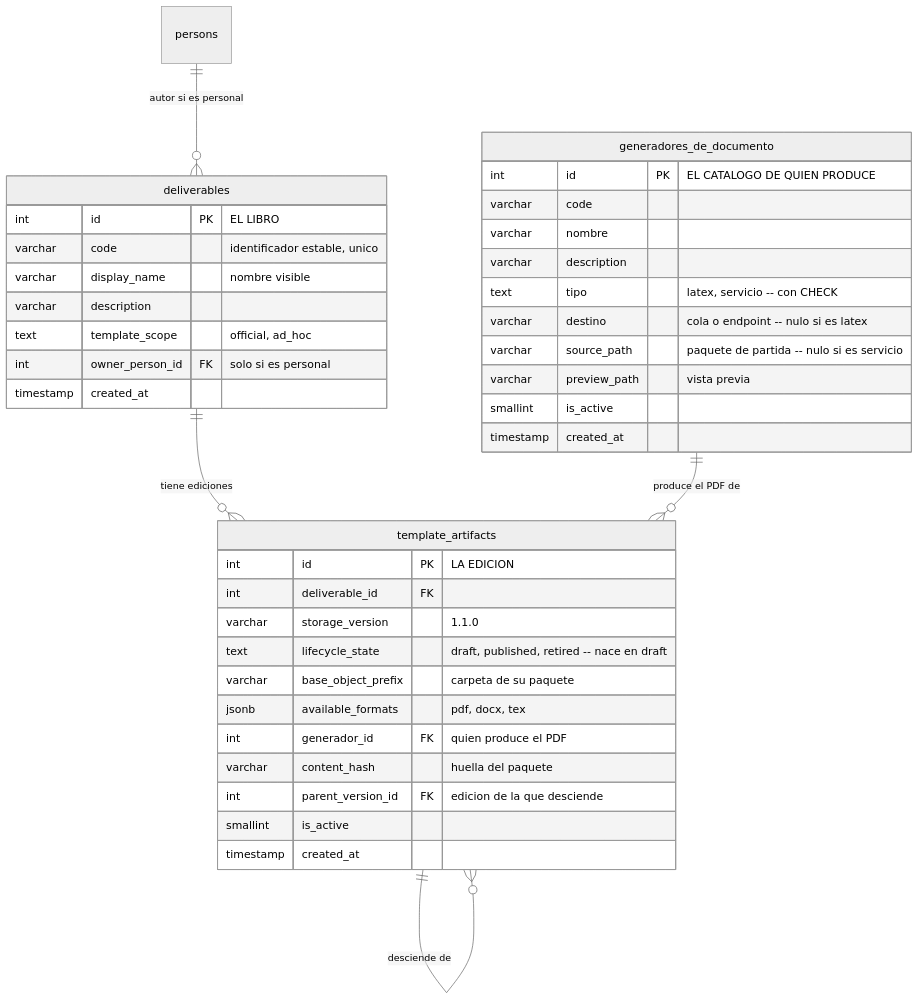
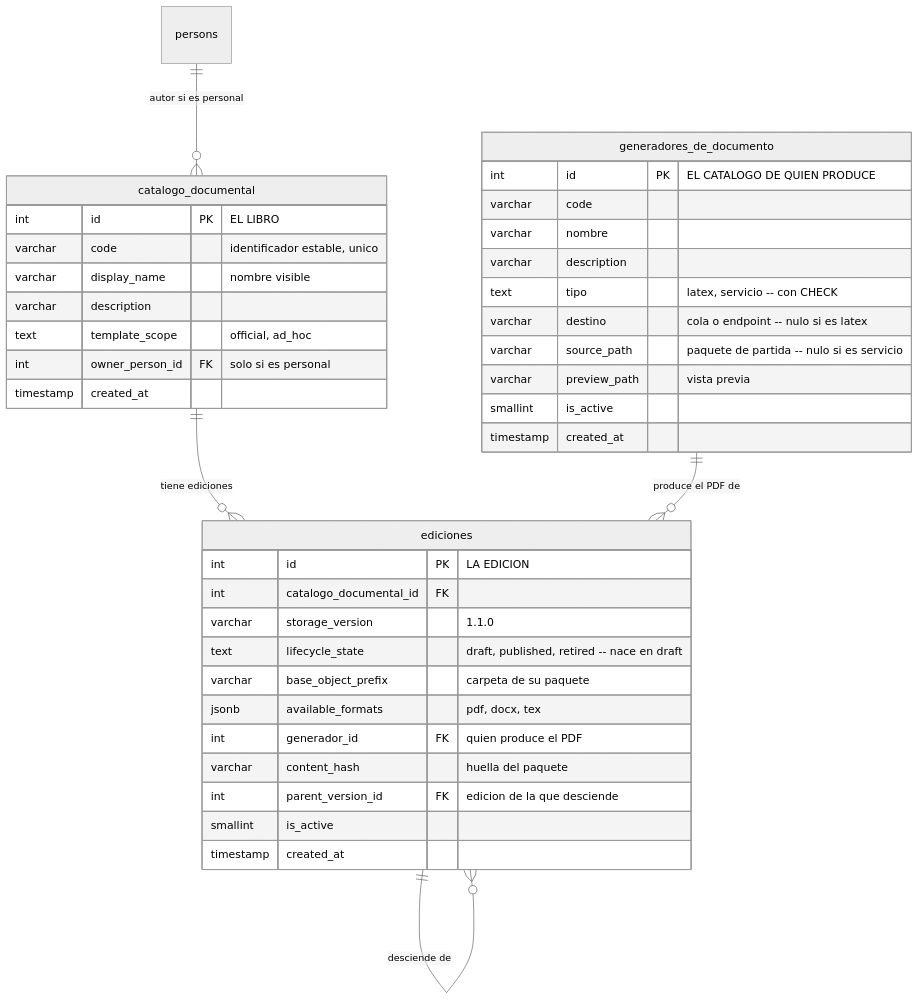
The diagram in docs/src/content/docs/modelo/entregable-y-ediciones.md (fresvel/deasy), drawn with Mermaid (neutral theme) before and after one commit. The commit also changed other lines of this file and 172 other files, not shown here.

````diff
--- a/docs/src/content/docs/modelo/entregable-y-ediciones.md
+++ b/docs/src/content/docs/modelo/entregable-y-ediciones.md
@@ -127,42 +127,42 @@
 ```mermaid
 erDiagram
-  deliverables ||--o{ template_artifacts : "tiene ediciones"
-  generadores_de_documento ||--o{ template_artifacts : "produce el PDF de"
-  persons ||--o{ deliverables : "autor si es personal"
-  template_artifacts ||--o{ template_artifacts : "desciende de"
+  catalogo_documental ||--o{ ediciones : "tiene ediciones"
+  generadores_de_documento ||--o{ ediciones : "produce el PDF de"
+  persons ||--o{ catalogo_documental : "autor si es personal"
+  ediciones ||--o{ ediciones : "desciende de"
 
-  deliverables {
+  catalogo_documental {
     int id PK "EL LIBRO"
     varchar code "identificador estable, unico"
     varchar display_name "nombre visible"
     varchar description
     text template_scope "official, ad_hoc"
     int owner_person_id FK "solo si es personal"
     timestamp created_at
   }
-  template_artifacts {
+  ediciones {
     int id PK "LA EDICION"
-    int deliverable_id FK
+    int catalogo_documental_id FK
     varchar storage_version "1.1.0"
     text lifecycle_state "draft, published, retired -- nace en draft"
     varchar base_object_prefix "carpeta de su paquete"
     jsonb available_formats "pdf, docx, tex"
     int generador_id FK "quien produce el PDF"
     varchar content_hash "huella del paquete"
     int parent_version_id FK "edicion de la que desciende"
     smallint is_active
     timestamp created_at
   }
   generadores_de_documento {
     int id PK "EL CATALOGO DE QUIEN PRODUCE"
     varchar code
     varchar nombre
     varchar description
     text tipo "latex, servicio -- con CHECK"
     varchar destino "cola o endpoint -- nulo si es latex"
     varchar source_path "paquete de partida -- nulo si es servicio"
     varchar preview_path "vista previa"
     smallint is_active
     timestamp created_at
   }
 ```
````
